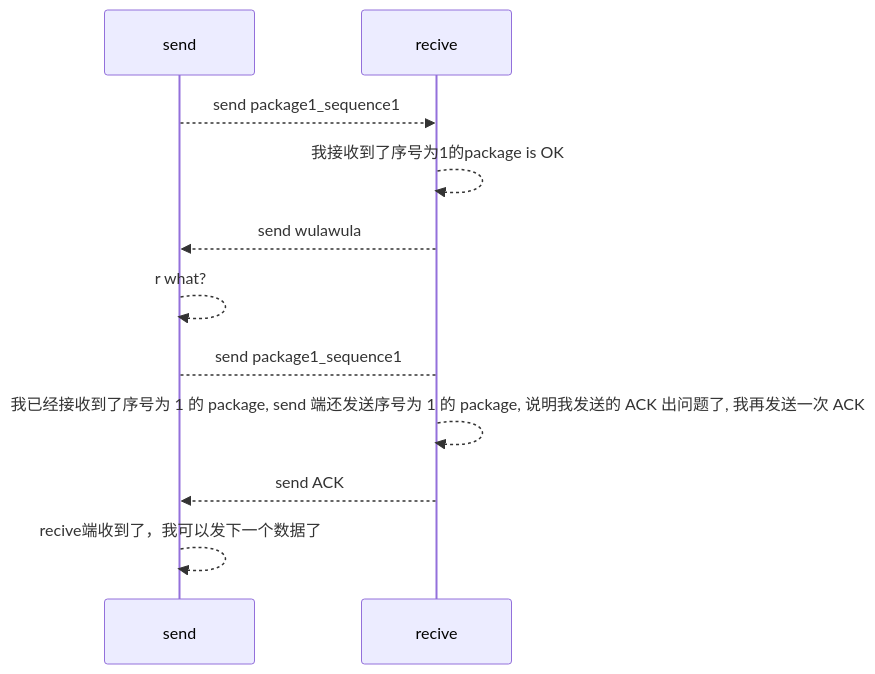
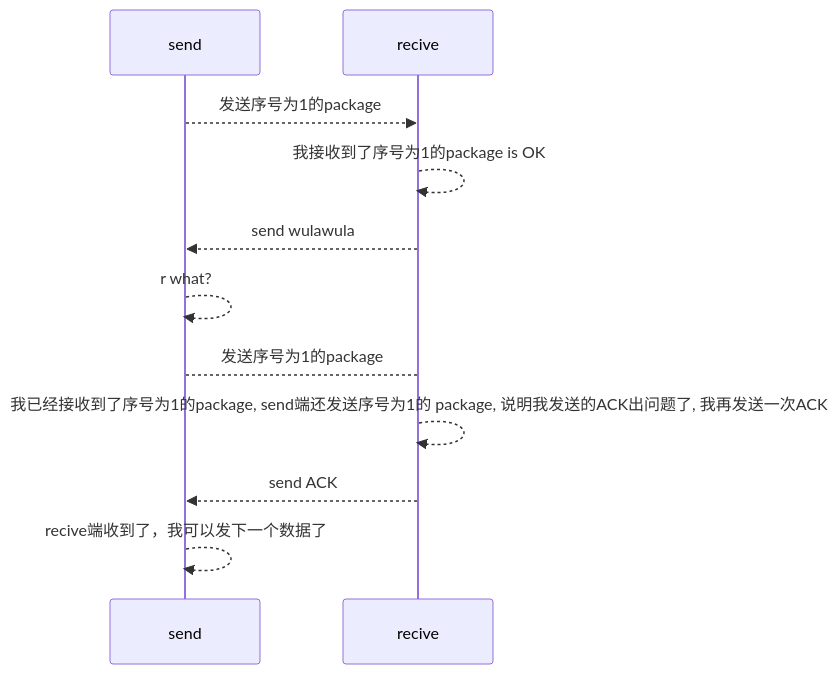
One commit to csliujw/CodeNotes changed the second of 14 diagrams in CS Course/计算机网络-自顶向下方法.md. Above: the diagram before and after it, drawn with Mermaid. The commit also changed other lines of this file and 6 other files, not shown here.

````diff
--- a/CS Course/计算机网络-自顶向下方法.md
+++ b/CS Course/计算机网络-自顶向下方法.md
@@ -74,13 +376,13 @@
 ```mermaid
 sequenceDiagram
 participant s as send 
 participant r as recive
-s-->>r:send package1_sequence1
+s-->>r:发送序号为1的package
 r-->>r:我接收到了序号为1的package is OK
 r-->>s:send wulawula
 s-->>s:r what?
-s-->r:send package1_sequence1
-r-->>r:我已经接收到了序号为 1 的 package, send 端还发送序号为 1 的 package, 说明我发送的 ACK 出问题了, 我再发送一次 ACK
+s-->r:发送序号为1的package
+r-->>r:我已经接收到了序号为1的package, send端还发送序号为1的 package, 说明我发送的ACK出问题了, 我再发送一次ACK
 r-->>s:send ACK
 s-->>s:recive端收到了，我可以发下一个数据了
 ```
````
